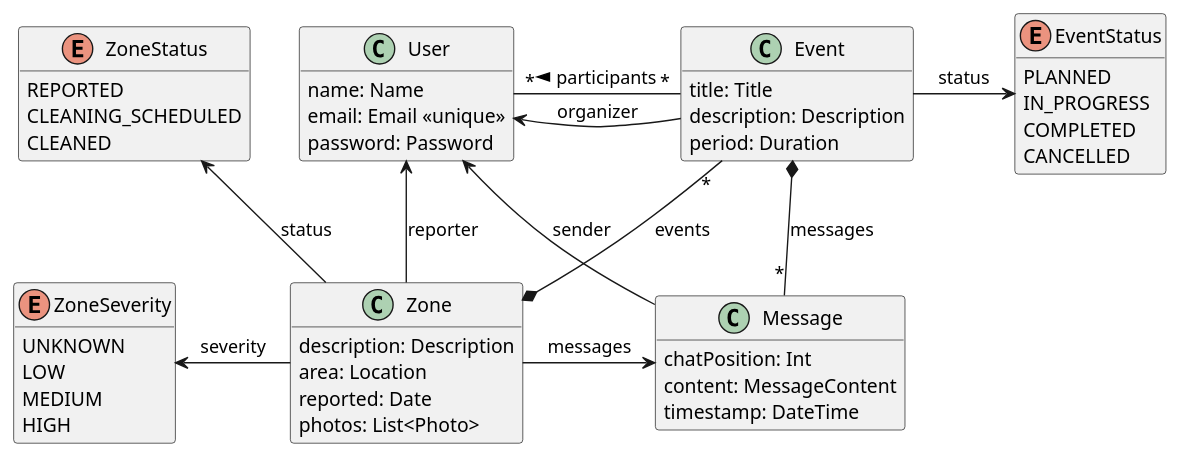
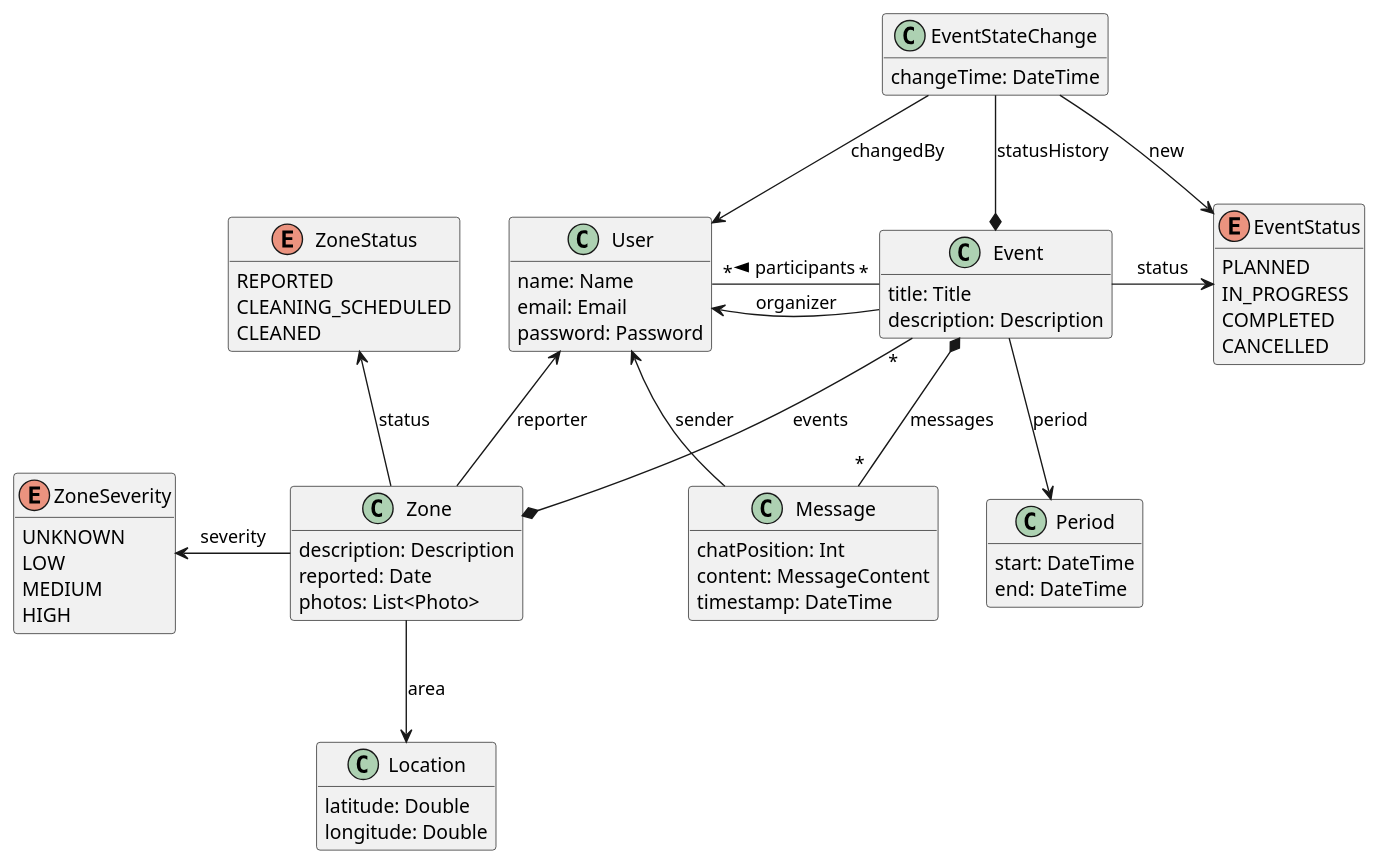
One commit to ps-kmp/keep-my-planet changed the diagram in docs/ClassDiagram.puml. Above: the diagram before and after it, drawn with PlantUML. The commit also changed 16 other files, not shown here.

```diff
--- a/docs/ClassDiagram.puml
+++ b/docs/ClassDiagram.puml
@@ -1,62 +1,82 @@
 @startuml
 
 enum EventStatus {
   PLANNED
   IN_PROGRESS
   COMPLETED
   CANCELLED
 }
 
 enum ZoneStatus {
   REPORTED
   CLEANING_SCHEDULED
   CLEANED
 }
 
 enum ZoneSeverity {
     UNKNOWN
     LOW
     MEDIUM
     HIGH
 }
 
 class User {
   name: Name
-  email: Email <<unique>>
+  email: Email
   password: Password
 }
 
 class Zone {
   description: Description
-  area: Location
+  'area: Location
   reported: Date
   photos: List<Photo>
 }
 
 class Event {
   title: Title
   description: Description
-  period: Duration
+  'period: Period
 }
 
 class Message {
   chatPosition: Int
   content: MessageContent
   timestamp: DateTime
+}
+
+class EventStateChange {
+  changeTime: DateTime
+}
+
+class Location {
+  latitude: Double
+  longitude: Double
+}
+
+class Period {
+  start: DateTime
+  end: DateTime
 }
 
 User <- Event : organizer
 User <- Zone : reporter
 User <- Message : sender
 User "*" -- "*" Event : participants <
 
 Event "*" --* Zone : events
 Event *-- "*" Message : messages
 Event -> EventStatus : status
 
+EventStateChange --* Event : statusHistory
+EventStateChange --> EventStatus : new
+EventStateChange --> User : changedBy
+
 Zone -up-> ZoneStatus : status
 Zone -left-> ZoneSeverity : severity
-Zone -right-> Message : messages
+Zone -right[hidden]-> Message : "                         "
+Event --> Period : period
+Zone --> Location : area
 hide empty members
 
 @enduml
```
